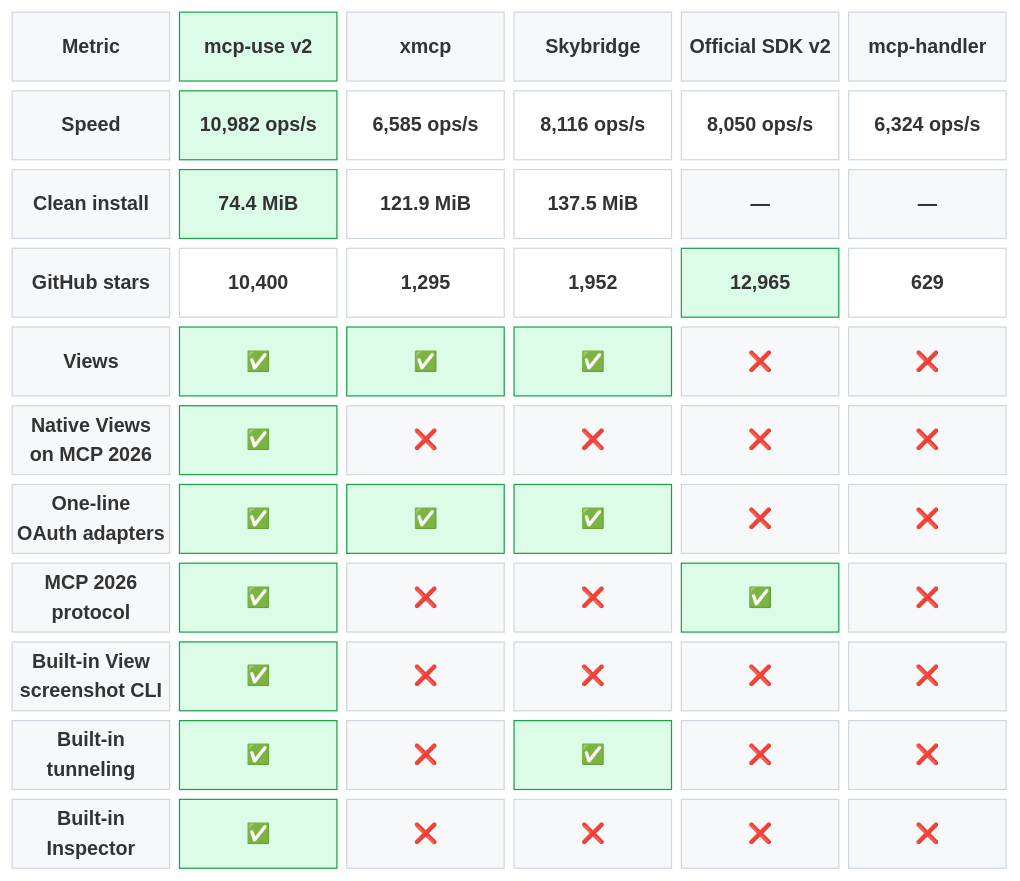
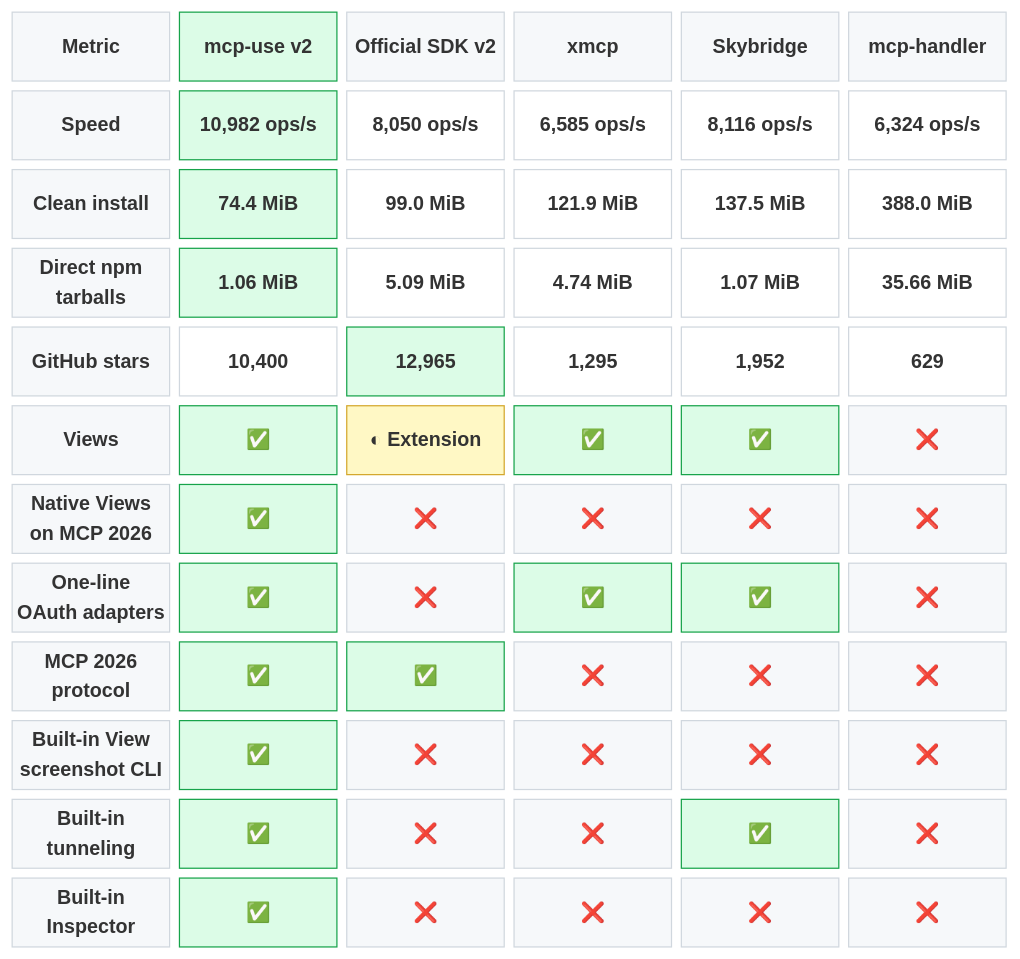
The first of 2 diagrams in README.md (mcp-use/mcp-use), drawn with Mermaid before and after one commit. The commit also changed other lines of this file, not shown here.

Commit message:
docs: compare equivalent MCP stacks

````diff
--- a/README.md
+++ b/README.md
@@ -248,31 +248,34 @@
 ```mermaid
 block-beta
   columns 6
 
-  metric["Metric"] mcp["mcp-use v2"] xmcp["xmcp"] skybridge["Skybridge"] official["Official SDK v2"] handler["mcp-handler"]
+  metric["Metric"] mcp["mcp-use v2"] official["Official SDK v2"] xmcp["xmcp"] skybridge["Skybridge"] handler["mcp-handler"]
 
-  speed["Speed"] speedMcp["10,982 ops/s"] speedXmcp["6,585 ops/s"] speedSkybridge["8,116 ops/s"] speedOfficial["8,050 ops/s"] speedHandler["6,324 ops/s"]
-  install["Clean install"] installMcp["74.4 MiB"] installXmcp["121.9 MiB"] installSkybridge["137.5 MiB"] installOfficial["—"] installHandler["—"]
-  stars["GitHub stars"] starsMcp["10,400"] starsXmcp["1,295"] starsSkybridge["1,952"] starsOfficial["12,965"] starsHandler["629"]
-  views["Views"] viewsMcp["✅"] viewsXmcp["✅"] viewsSkybridge["✅"] viewsOfficial["❌"] viewsHandler["❌"]
-  nativeViews["Native Views<br/>on MCP 2026"] nativeViewsMcp["✅"] nativeViewsXmcp["❌"] nativeViewsSkybridge["❌"] nativeViewsOfficial["❌"] nativeViewsHandler["❌"]
-  oauth["One-line<br/>OAuth adapters"] oauthMcp["✅"] oauthXmcp["✅"] oauthSkybridge["✅"] oauthOfficial["❌"] oauthHandler["❌"]
-  protocol["MCP 2026<br/>protocol"] protocolMcp["✅"] protocolXmcp["❌"] protocolSkybridge["❌"] protocolOfficial["✅"] protocolHandler["❌"]
-  screenshot["Built-in View<br/>screenshot CLI"] screenshotMcp["✅"] screenshotXmcp["❌"] screenshotSkybridge["❌"] screenshotOfficial["❌"] screenshotHandler["❌"]
-  tunnel["Built-in<br/>tunneling"] tunnelMcp["✅"] tunnelXmcp["❌"] tunnelSkybridge["✅"] tunnelOfficial["❌"] tunnelHandler["❌"]
-  inspector["Built-in<br/>Inspector"] inspectorMcp["✅"] inspectorXmcp["❌"] inspectorSkybridge["❌"] inspectorOfficial["❌"] inspectorHandler["❌"]
+  speed["Speed"] speedMcp["10,982 ops/s"] speedOfficial["8,050 ops/s"] speedXmcp["6,585 ops/s"] speedSkybridge["8,116 ops/s"] speedHandler["6,324 ops/s"]
+  install["Clean install"] installMcp["74.4 MiB"] installOfficial["99.0 MiB"] installXmcp["121.9 MiB"] installSkybridge["137.5 MiB"] installHandler["388.0 MiB"]
+  tarballs["Direct npm<br/>tarballs"] tarballsMcp["1.06 MiB"] tarballsOfficial["5.09 MiB"] tarballsXmcp["4.74 MiB"] tarballsSkybridge["1.07 MiB"] tarballsHandler["35.66 MiB"]
+  stars["GitHub stars"] starsMcp["10,400"] starsOfficial["12,965"] starsXmcp["1,295"] starsSkybridge["1,952"] starsHandler["629"]
+  views["Views"] viewsMcp["✅"] viewsOfficial["◐ Extension"] viewsXmcp["✅"] viewsSkybridge["✅"] viewsHandler["❌"]
+  nativeViews["Native Views<br/>on MCP 2026"] nativeViewsMcp["✅"] nativeViewsOfficial["❌"] nativeViewsXmcp["❌"] nativeViewsSkybridge["❌"] nativeViewsHandler["❌"]
+  oauth["One-line<br/>OAuth adapters"] oauthMcp["✅"] oauthOfficial["❌"] oauthXmcp["✅"] oauthSkybridge["✅"] oauthHandler["❌"]
+  protocol["MCP 2026<br/>protocol"] protocolMcp["✅"] protocolOfficial["✅"] protocolXmcp["❌"] protocolSkybridge["❌"] protocolHandler["❌"]
+  screenshot["Built-in View<br/>screenshot CLI"] screenshotMcp["✅"] screenshotOfficial["❌"] screenshotXmcp["❌"] screenshotSkybridge["❌"] screenshotHandler["❌"]
+  tunnel["Built-in<br/>tunneling"] tunnelMcp["✅"] tunnelOfficial["❌"] tunnelXmcp["❌"] tunnelSkybridge["✅"] tunnelHandler["❌"]
+  inspector["Built-in<br/>Inspector"] inspectorMcp["✅"] inspectorOfficial["❌"] inspectorXmcp["❌"] inspectorSkybridge["❌"] inspectorHandler["❌"]
 
   classDef label fill:#f6f8fa,stroke:#d0d7de,color:#1f2328,font-weight:bold
   classDef brand fill:#dcfce7,stroke:#16a34a,color:#166534,font-weight:bold
   classDef header fill:#f6f8fa,stroke:#d0d7de,color:#1f2328,font-weight:bold
   classDef value fill:#ffffff,stroke:#d0d7de,color:#1f2328
   classDef leader fill:#dcfce7,stroke:#16a34a,color:#166534,font-weight:bold
+  classDef partial fill:#fff8c5,stroke:#d4a72c,color:#633c01,font-weight:bold
   classDef unavailable fill:#f6f8fa,stroke:#d0d7de,color:#6e7781
 
-  class metric,speed,install,stars,views,nativeViews,oauth,protocol,screenshot,tunnel,inspector label
+  class metric,speed,install,tarballs,stars,views,nativeViews,oauth,protocol,screenshot,tunnel,inspector label
   class mcp brand
-  class xmcp,skybridge,official,handler header
-  class speedXmcp,speedSkybridge,speedOfficial,speedHandler,installXmcp,installSkybridge,starsMcp,starsXmcp,starsSkybridge,starsHandler value
-  class speedMcp,installMcp,starsOfficial,viewsMcp,viewsXmcp,viewsSkybridge,nativeViewsMcp,oauthMcp,oauthXmcp,oauthSkybridge,protocolMcp,protocolOfficial,screenshotMcp,tunnelMcp,tunnelSkybridge,inspectorMcp leader
-  class installOfficial,installHandler,viewsOfficial,viewsHandler,nativeViewsXmcp,nativeViewsSkybridge,nativeViewsOfficial,nativeViewsHandler,oauthOfficial,oauthHandler,protocolXmcp,protocolSkybridge,protocolHandler,screenshotXmcp,screenshotSkybridge,screenshotOfficial,screenshotHandler,tunnelXmcp,tunnelOfficial,tunnelHandler,inspectorXmcp,inspectorSkybridge,inspectorOfficial,inspectorHandler unavailable
+  class official,xmcp,skybridge,handler header
+  class speedOfficial,speedXmcp,speedSkybridge,speedHandler,installOfficial,installXmcp,installSkybridge,installHandler,tarballsOfficial,tarballsXmcp,tarballsSkybridge,tarballsHandler,starsMcp,starsXmcp,starsSkybridge,starsHandler value
+  class speedMcp,installMcp,tarballsMcp,starsOfficial,viewsMcp,viewsXmcp,viewsSkybridge,nativeViewsMcp,oauthMcp,oauthXmcp,oauthSkybridge,protocolMcp,protocolOfficial,screenshotMcp,tunnelMcp,tunnelSkybridge,inspectorMcp leader
+  class viewsOfficial partial
+  class viewsHandler,nativeViewsOfficial,nativeViewsXmcp,nativeViewsSkybridge,nativeViewsHandler,oauthOfficial,oauthHandler,protocolXmcp,protocolSkybridge,protocolHandler,screenshotOfficial,screenshotXmcp,screenshotSkybridge,screenshotHandler,tunnelOfficial,tunnelXmcp,tunnelHandler,inspectorOfficial,inspectorXmcp,inspectorSkybridge,inspectorHandler unavailable
 ```
````
